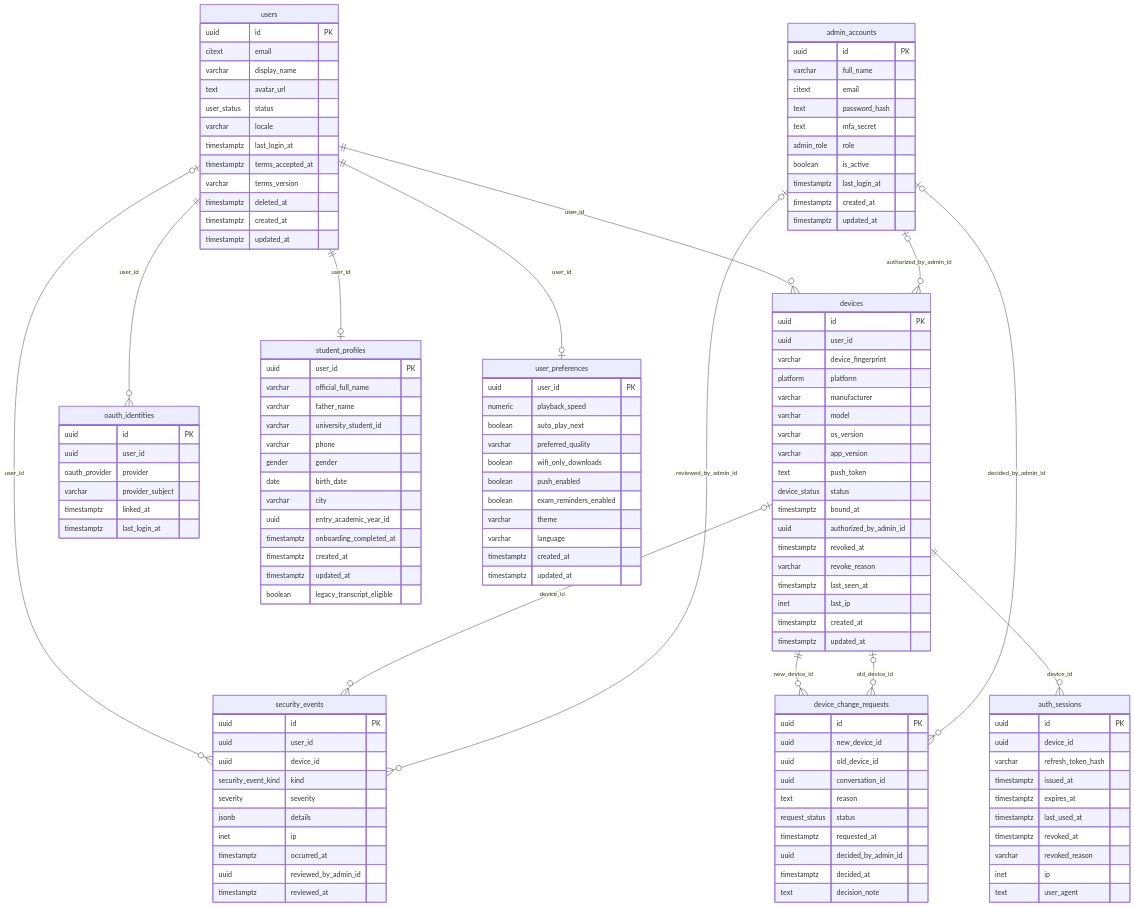
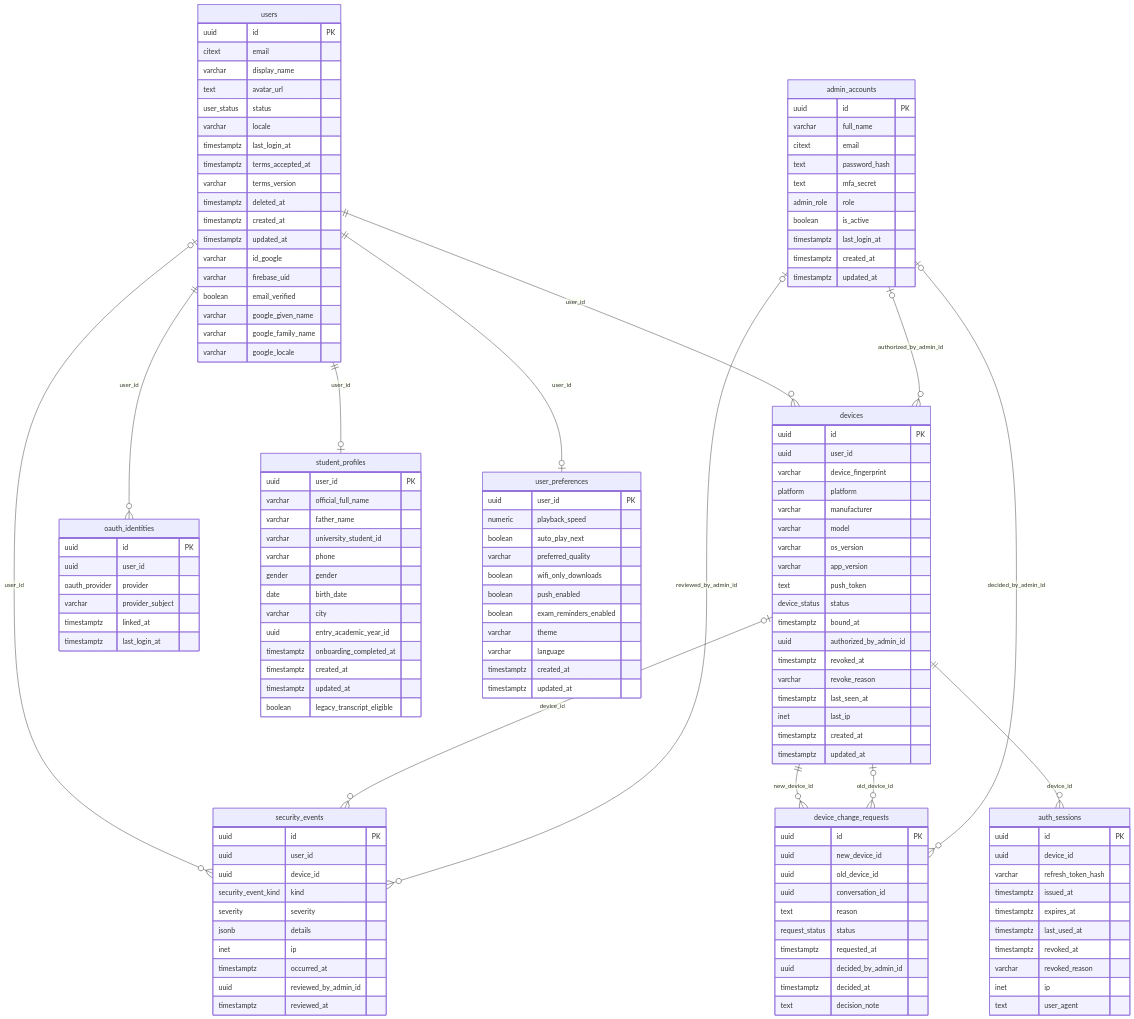
Before and after one commit to Mohamad-Adib-Tawil/CIT-Zone: the diagram in database/erd/A-identity.mmd, drawn with Mermaid. The commit also changed 758 other files, not shown here.

```diff
--- a/database/erd/A-identity.mmd
+++ b/database/erd/A-identity.mmd
@@ -1,131 +1,137 @@
 erDiagram
   admin_accounts {
     uuid id PK
     varchar full_name
     citext email
     text password_hash
     text mfa_secret
     admin_role role
     boolean is_active
     timestamptz last_login_at
     timestamptz created_at
     timestamptz updated_at
   }
   auth_sessions {
     uuid id PK
     uuid device_id
     varchar refresh_token_hash
     timestamptz issued_at
     timestamptz expires_at
     timestamptz last_used_at
     timestamptz revoked_at
     varchar revoked_reason
     inet ip
     text user_agent
   }
   device_change_requests {
     uuid id PK
     uuid new_device_id
     uuid old_device_id
     uuid conversation_id
     text reason
     request_status status
     timestamptz requested_at
     uuid decided_by_admin_id
     timestamptz decided_at
     text decision_note
   }
   devices {
     uuid id PK
     uuid user_id
     varchar device_fingerprint
     platform platform
     varchar manufacturer
     varchar model
     varchar os_version
     varchar app_version
     text push_token
     device_status status
     timestamptz bound_at
     uuid authorized_by_admin_id
     timestamptz revoked_at
     varchar revoke_reason
     timestamptz last_seen_at
     inet last_ip
     timestamptz created_at
     timestamptz updated_at
   }
   oauth_identities {
     uuid id PK
     uuid user_id
     oauth_provider provider
     varchar provider_subject
     timestamptz linked_at
     timestamptz last_login_at
   }
   security_events {
     uuid id PK
     uuid user_id
     uuid device_id
     security_event_kind kind
     severity severity
     jsonb details
     inet ip
     timestamptz occurred_at
     uuid reviewed_by_admin_id
     timestamptz reviewed_at
   }
   student_profiles {
     uuid user_id PK
     varchar official_full_name
     varchar father_name
     varchar university_student_id
     varchar phone
     gender gender
     date birth_date
     varchar city
     uuid entry_academic_year_id
     timestamptz onboarding_completed_at
     timestamptz created_at
     timestamptz updated_at
     boolean legacy_transcript_eligible
   }
   user_preferences {
     uuid user_id PK
     numeric playback_speed
     boolean auto_play_next
     varchar preferred_quality
     boolean wifi_only_downloads
     boolean push_enabled
     boolean exam_reminders_enabled
     varchar theme
     varchar language
     timestamptz created_at
     timestamptz updated_at
   }
   users {
     uuid id PK
     citext email
     varchar display_name
     text avatar_url
     user_status status
     varchar locale
     timestamptz last_login_at
     timestamptz terms_accepted_at
     varchar terms_version
     timestamptz deleted_at
     timestamptz created_at
     timestamptz updated_at
+    varchar id_google
+    varchar firebase_uid
+    boolean email_verified
+    varchar google_given_name
+    varchar google_family_name
+    varchar google_locale
   }
   users ||--o{ oauth_identities : "user_id"
   users ||--o| student_profiles : "user_id"
   users ||--o| user_preferences : "user_id"
   users ||--o{ devices : "user_id"
   admin_accounts |o--o{ devices : "authorized_by_admin_id"
   devices ||--o{ device_change_requests : "new_device_id"
   devices |o--o{ device_change_requests : "old_device_id"
   admin_accounts |o--o{ device_change_requests : "decided_by_admin_id"
   devices ||--o{ auth_sessions : "device_id"
   users |o--o{ security_events : "user_id"
   devices |o--o{ security_events : "device_id"
   admin_accounts |o--o{ security_events : "reviewed_by_admin_id"
```
